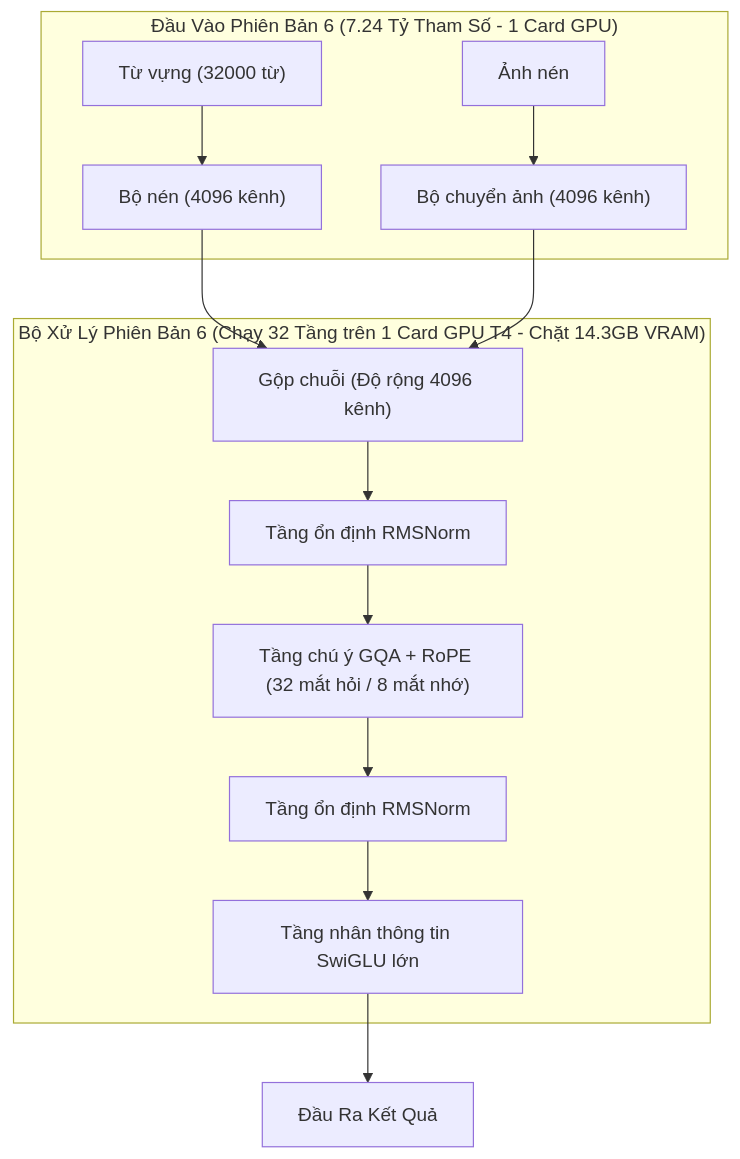
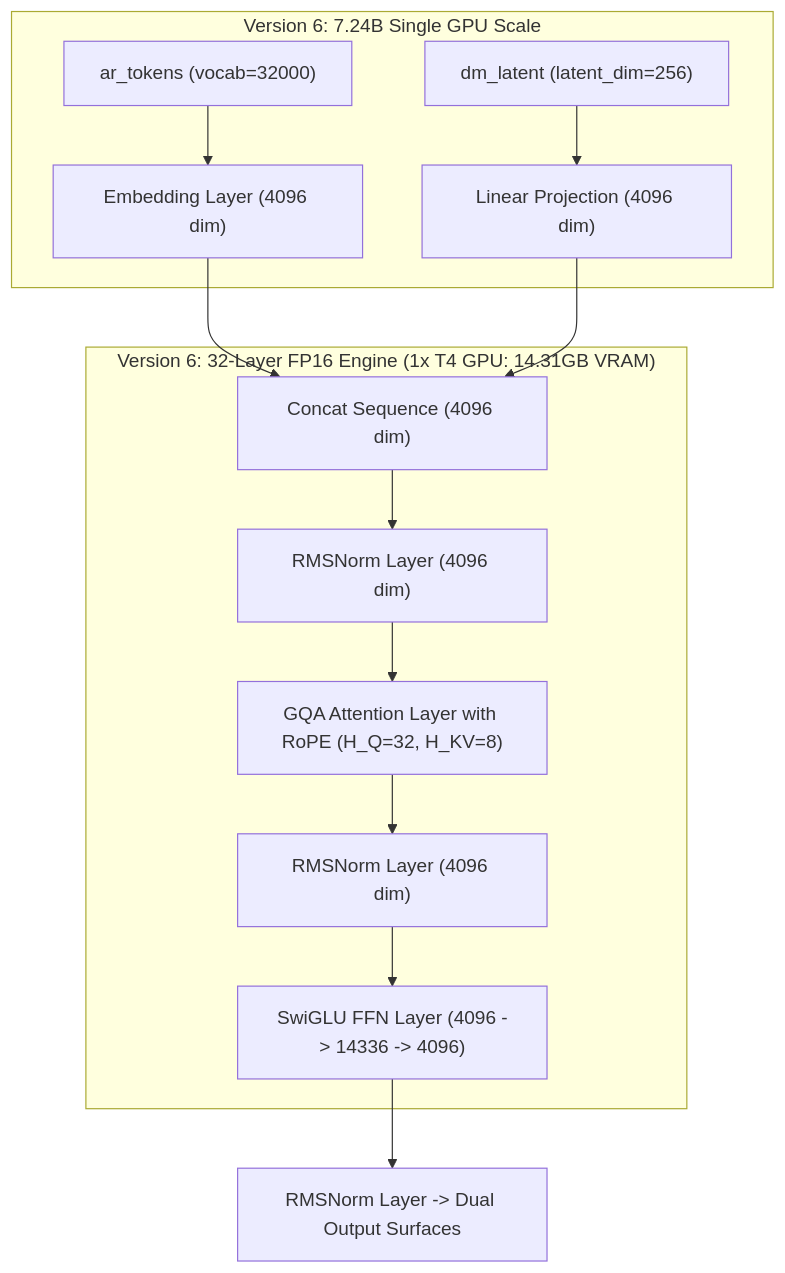
Before and after one commit to datascience180806/mini_cosmos: the seventh of 8 diagrams in VERSION_COMPARISON.md, drawn with Mermaid. The commit also changed other lines of this file, not shown here.

Commit message:
Restore standard English AI/DL terms (Attention Layer, Embedding Layer, Transformer Block, SwiGLU FFN, RMSNorm, VRAM, Latency, Throughput) in report

````diff
--- a/VERSION_COMPARISON.md
+++ b/VERSION_COMPARISON.md
@@ -231,19 +223,19 @@
 ```mermaid
 flowchart TD
-    subgraph V6_INPUTS["Đầu Vào Phiên Bản 6 (7.24 Tỷ Tham Số - 1 Card GPU)"]
-        V6_AR["Từ vựng (32000 từ)"] --> V6_EMB["Bộ nén (4096 kênh)"]
-        V6_DM["Ảnh nén"] --> V6_PROJ["Bộ chuyển ảnh (4096 kênh)"]
+    subgraph V6_INPUTS["Version 6: 7.24B Single GPU Scale"]
+        V6_AR["ar_tokens (vocab=32000)"] --> V6_EMB["Embedding Layer (4096 dim)"]
+        V6_DM["dm_latent (latent_dim=256)"] --> V6_PROJ["Linear Projection (4096 dim)"]
     end
 
-    V6_EMB --> V6_CAT["Gộp chuỗi (Độ rộng 4096 kênh)"]
+    V6_EMB --> V6_CAT["Concat Sequence (4096 dim)"]
     V6_PROJ --> V6_CAT
 
-    subgraph V6_BLOCKS["Bộ Xử Lý Phiên Bản 6 (Chạy 32 Tầng trên 1 Card GPU T4 - Chặt 14.3GB VRAM)"]
-        V6_CAT --> V6_RMS1["Tầng ổn định RMSNorm"]
-        V6_RMS1 --> V6_GQA["Tầng chú ý GQA + RoPE (32 mắt hỏi / 8 mắt nhớ)"]
-        V6_GQA --> V6_RMS2["Tầng ổn định RMSNorm"]
-        V6_RMS2 --> V6_SWIGLU["Tầng nhân thông tin SwiGLU lớn"]
+    subgraph V6_BLOCKS["Version 6: 32-Layer FP16 Engine (1x T4 GPU: 14.31GB VRAM)"]
+        V6_CAT --> V6_RMS1["RMSNorm Layer (4096 dim)"]
+        V6_RMS1 --> V6_GQA["GQA Attention Layer with RoPE (H_Q=32, H_KV=8)"]
+        V6_GQA --> V6_RMS2["RMSNorm Layer (4096 dim)"]
+        V6_RMS2 --> V6_SWIGLU["SwiGLU FFN Layer (4096 -> 14336 -> 4096)"]
     end
 
-    V6_SWIGLU --> V6_OUT["Đầu Ra Kết Quả"]
+    V6_SWIGLU --> V6_OUT["RMSNorm Layer -> Dual Output Surfaces"]
 ```
````
